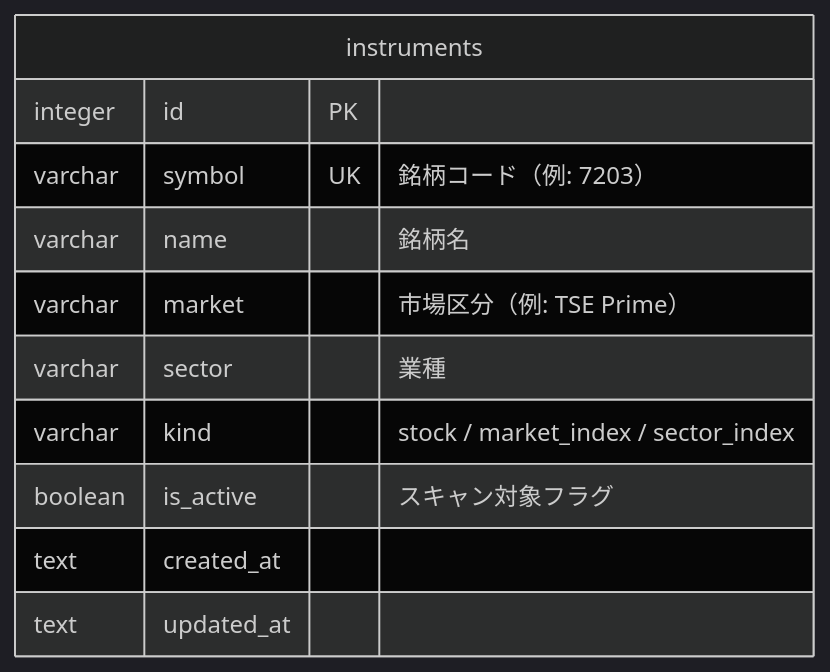
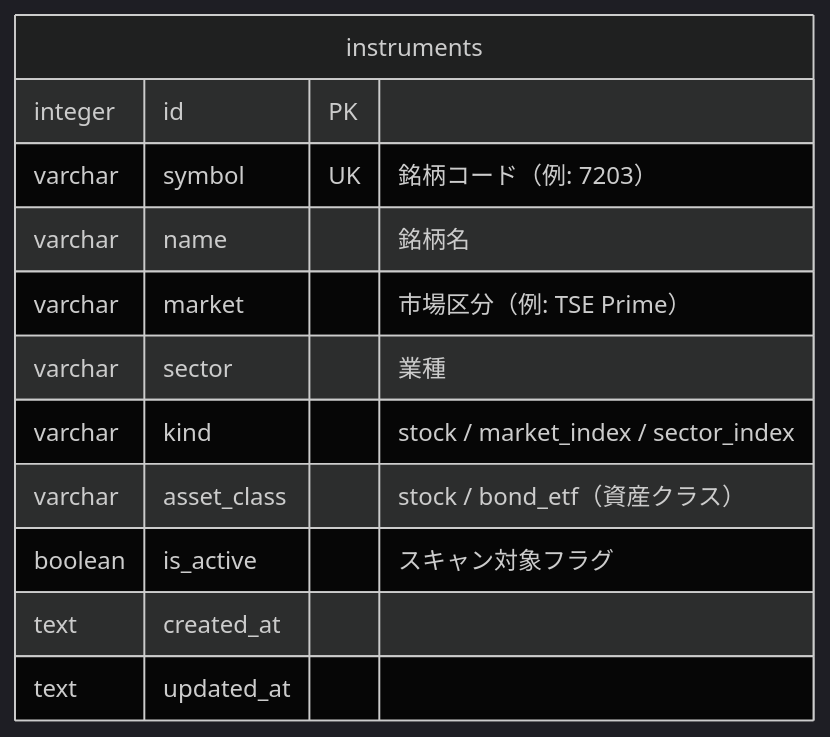
Before and after one commit to ousiassllc/pitha-trador: the first of 3 diagrams in docs/architecture/er/tables-market.md, drawn with Mermaid (dark theme). The commit also changed other lines of this file and 26 other files, not shown here.

````diff
--- a/docs/architecture/er/tables-market.md
+++ b/docs/architecture/er/tables-market.md
@@ -9,14 +9,15 @@
 ```mermaid
 erDiagram
     instruments {
         integer id PK
         varchar symbol UK "銘柄コード（例: 7203）"
         varchar name "銘柄名"
         varchar market "市場区分（例: TSE Prime）"
         varchar sector "業種"
         varchar kind "stock / market_index / sector_index"
+        varchar asset_class "stock / bond_etf（資産クラス）"
         boolean is_active "スキャン対象フラグ"
         text created_at
         text updated_at
     }
 ```
````
